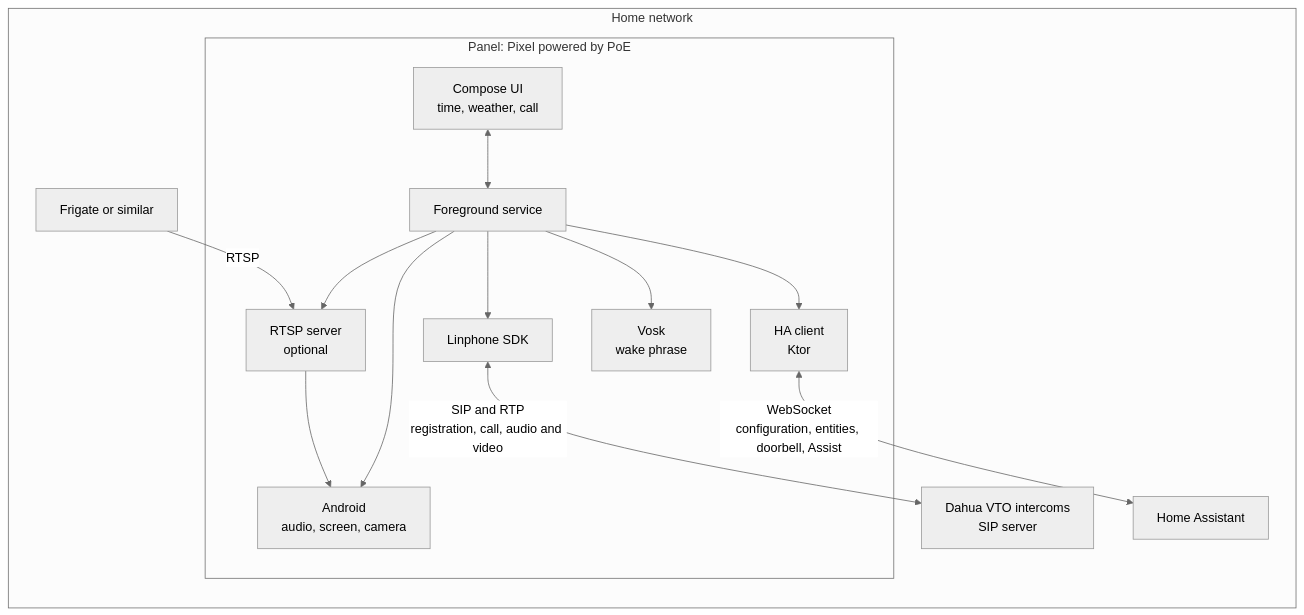
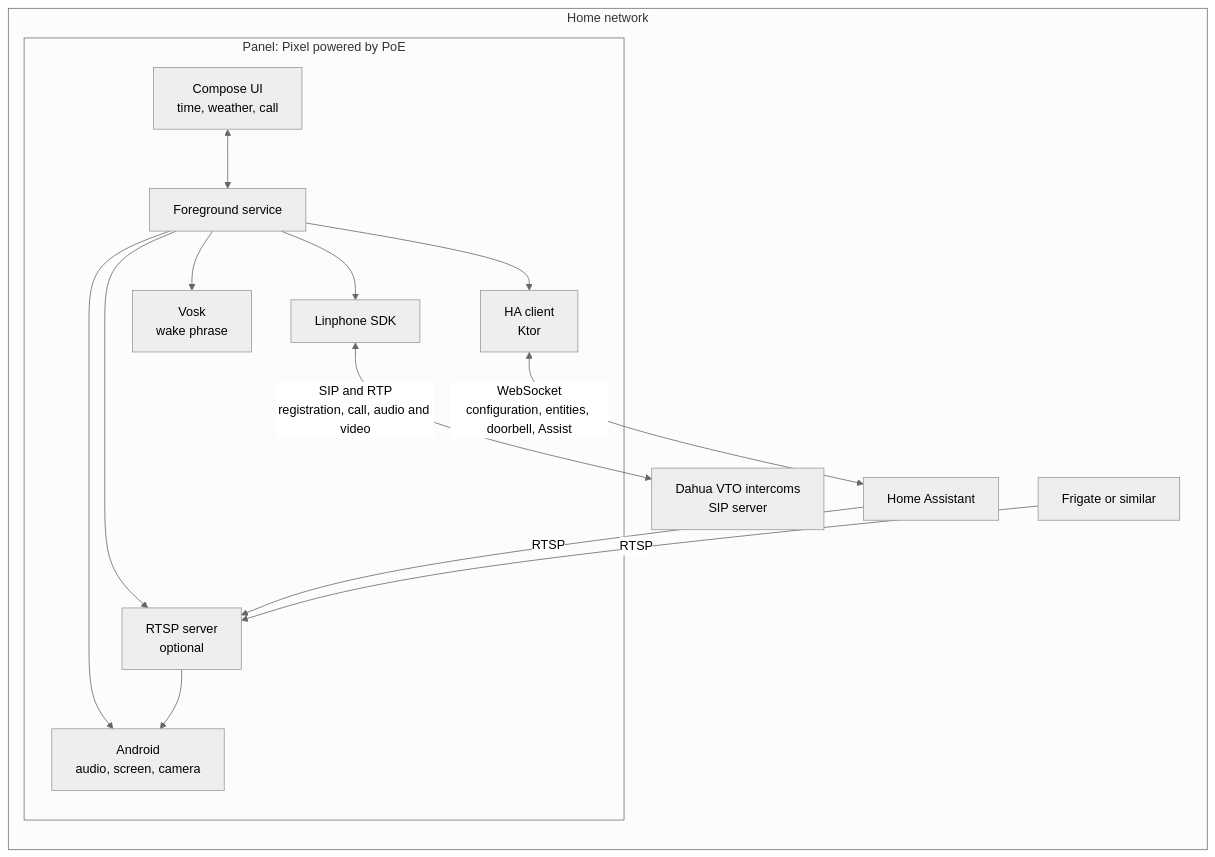
One commit to xoadev/marc2d changed the diagram in README.md. Above: the diagram before and after it, drawn with Mermaid (neutral theme). The commit also changed other lines of this file and 25 other files, not shown here.

````diff
--- a/README.md
+++ b/README.md
@@ -38,28 +38,29 @@
 ```mermaid
 flowchart LR
     subgraph home["Home network"]
         subgraph panel["Panel: Pixel powered by PoE"]
             ui["Compose UI<br/>time, weather, call"]
             svc["Foreground service"]
             sip["Linphone SDK"]
             hac["HA client<br/>Ktor"]
             rtsp["RTSP server<br/>optional"]
             voice["Vosk<br/>wake phrase"]
             sys["Android<br/>audio, screen, camera"]
         end
         vto["Dahua VTO intercoms<br/>SIP server"]
         ha["Home Assistant"]
         frigate["Frigate or similar"]
     end
 
     ui <--> svc
     svc --> sip
     svc --> hac
     svc --> rtsp
     svc --> voice
     svc --> sys
     rtsp --> sys
     sip <-- "SIP and RTP<br/>registration, call, audio and video" --> vto
     hac <-- "WebSocket<br/>configuration, entities, doorbell, Assist" --> ha
+    ha -- "RTSP" --> rtsp
     frigate -- "RTSP" --> rtsp
 ```
````
